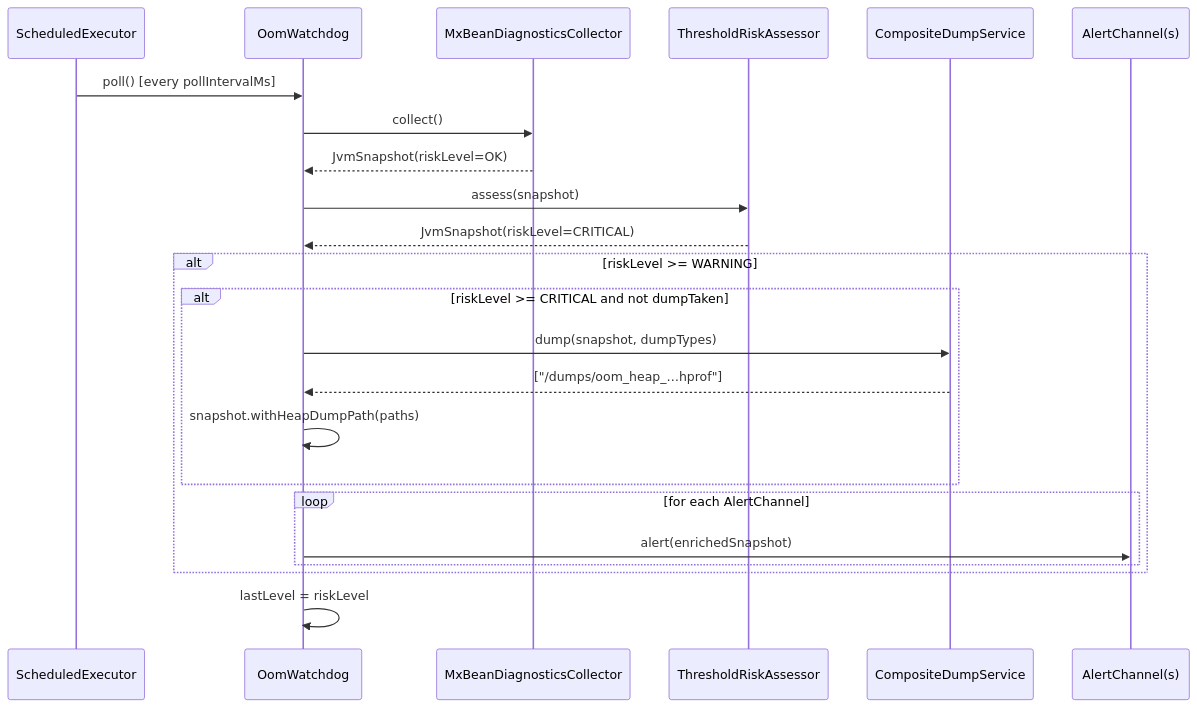
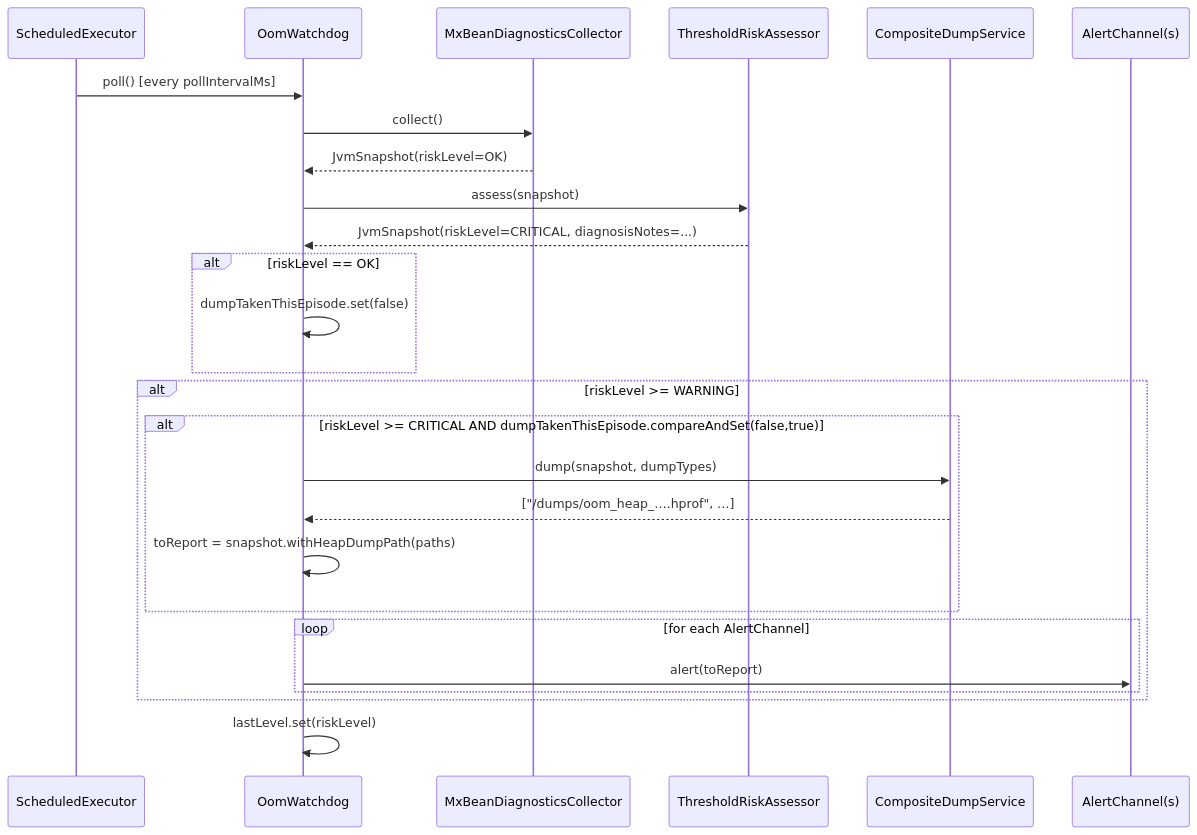
One commit to kgillard/oom-watchdog changed the third of 5 diagrams in ARCHITECTURE.md. Above: the diagram before and after it, drawn with Mermaid. The commit also changed other lines of this file, not shown here.

````diff
--- a/ARCHITECTURE.md
+++ b/ARCHITECTURE.md
@@ -216,28 +331,32 @@
 ```mermaid
 sequenceDiagram
     participant Scheduler as ScheduledExecutor
     participant WD as OomWatchdog
     participant COL as MxBeanDiagnosticsCollector
     participant ASS as ThresholdRiskAssessor
     participant DUMP as CompositeDumpService
     participant CH as AlertChannel(s)
 
     Scheduler->>WD: poll() [every pollIntervalMs]
     WD->>COL: collect()
     COL-->>WD: JvmSnapshot(riskLevel=OK)
     WD->>ASS: assess(snapshot)
-    ASS-->>WD: JvmSnapshot(riskLevel=CRITICAL)
+    ASS-->>WD: JvmSnapshot(riskLevel=CRITICAL, diagnosisNotes=...)
+
+    alt riskLevel == OK
+        WD->>WD: dumpTakenThisEpisode.set(false)
+    end
 
     alt riskLevel >= WARNING
-        alt riskLevel >= CRITICAL and not dumpTaken
+        alt riskLevel >= CRITICAL AND dumpTakenThisEpisode.compareAndSet(false,true)
             WD->>DUMP: dump(snapshot, dumpTypes)
-            DUMP-->>WD: ["/dumps/oom_heap_…hprof"]
-            WD->>WD: snapshot.withHeapDumpPath(paths)
+            DUMP-->>WD: ["/dumps/oom_heap_….hprof", …]
+            WD->>WD: toReport = snapshot.withHeapDumpPath(paths)
         end
         loop for each AlertChannel
-            WD->>CH: alert(enrichedSnapshot)
+            WD->>CH: alert(toReport)
         end
     end
 
-    WD->>WD: lastLevel = riskLevel
+    WD->>WD: lastLevel.set(riskLevel)
 ```
````
